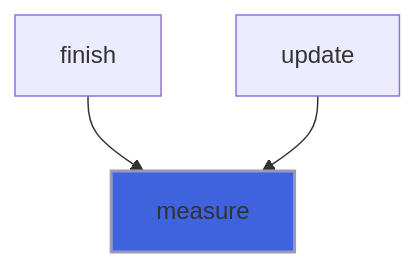
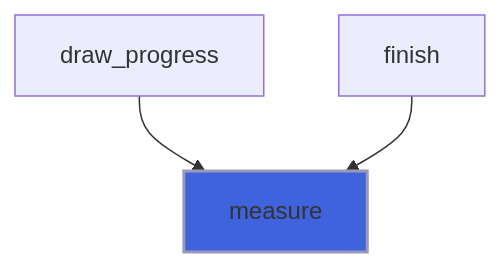
One commit to szaghi/forbear changed diagram 11 of 35 in docs/api/src/lib/forbear_bar_object.md. Above: the diagram before and after it, drawn with Mermaid. The commit also changed other lines of this file and 26 other files, not shown here.

````diff
--- a/docs/api/src/lib/forbear_bar_object.md
+++ b/docs/api/src/lib/forbear_bar_object.md
@@ -474,6 +538,6 @@
 ```mermaid
 flowchart TD
+  draw_progress["draw_progress"] --> measure["measure"]
   finish["finish"] --> measure["measure"]
-  update["update"] --> measure["measure"]
   style measure fill:#3e63dd,stroke:#99b,stroke-width:2px
 ```
````
